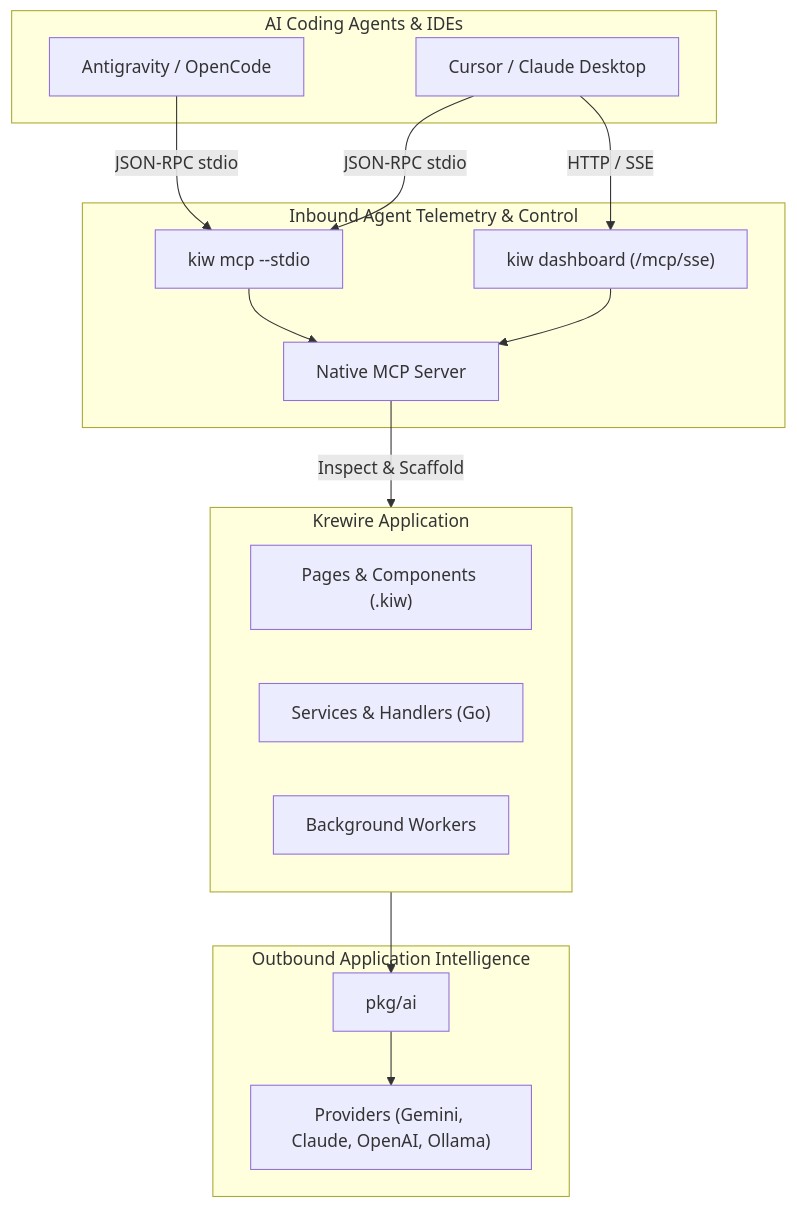
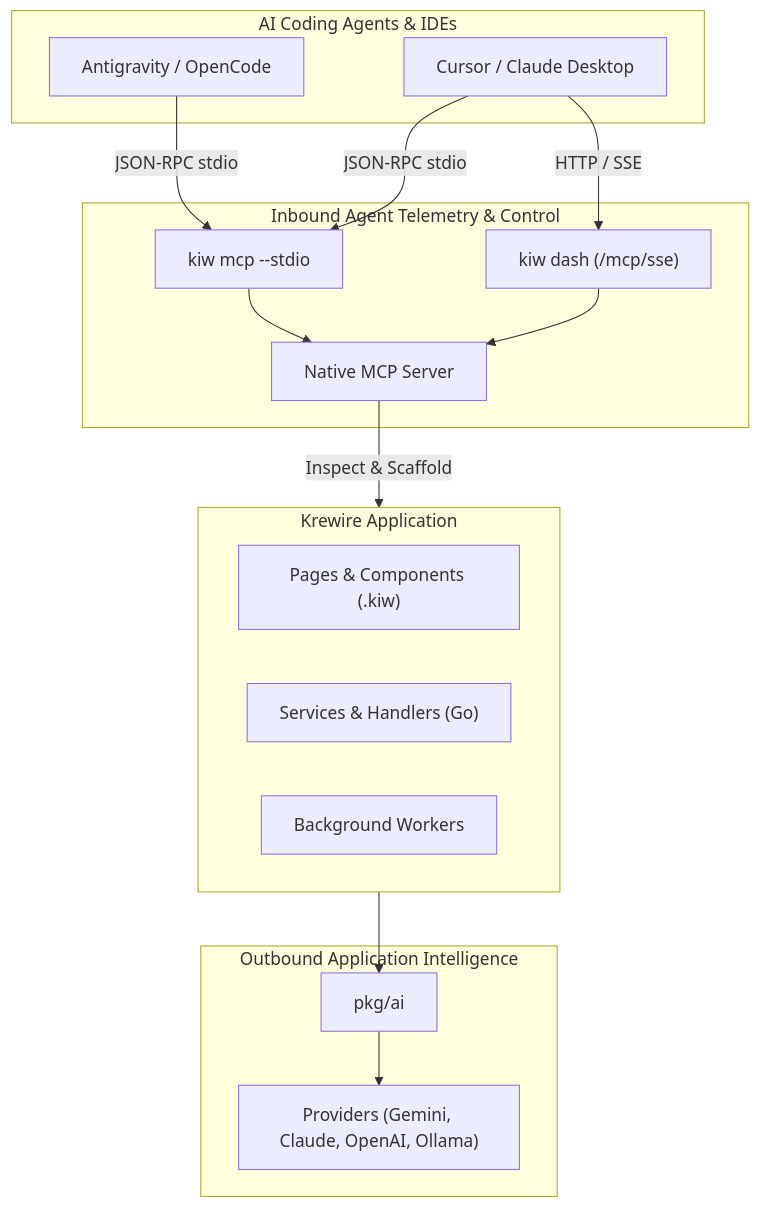
The diagram in content/en/docs/09-guides/04-agentic-development.md (krewire/krewire.com), drawn with Mermaid before and after one commit. The commit also changed other lines of this file and 18 other files, not shown here.

Commit message:
docs(site): rebrand Krewire Workspace to Krewire Dash and update CLI references to kiw dash

````diff
--- a/content/en/docs/09-guides/04-agentic-development.md
+++ b/content/en/docs/09-guides/04-agentic-development.md
@@ -17,34 +17,34 @@
 ```mermaid
 flowchart TD
     subgraph Agents ["AI Coding Agents & IDEs"]
         AGY["Antigravity / OpenCode"]
         CUR["Cursor / Claude Desktop"]
     end
 
     subgraph Inbound ["Inbound Agent Telemetry & Control"]
         STDIO["kiw mcp --stdio"]
-        SSE["kiw dashboard (/mcp/sse)"]
+        SSE["kiw dash (/mcp/sse)"]
         SRV["Native MCP Server"]
     end
 
     subgraph Outbound ["Outbound Application Intelligence"]
         AISDK["pkg/ai"]
         PROV["Providers (Gemini, Claude, OpenAI, Ollama)"]
     end
 
     subgraph Project ["Krewire Application"]
         PAGES["Pages & Components (.kiw)"]
         SERVICES["Services & Handlers (Go)"]
         WORKERS["Background Workers"]
     end
 
     AGY -->|JSON-RPC stdio| STDIO
     CUR -->|JSON-RPC stdio| STDIO
     CUR -->|HTTP / SSE| SSE
     STDIO --> SRV
     SSE --> SRV
     SRV -->|Inspect & Scaffold| Project
 
     Project --> AISDK
     AISDK --> PROV
 ```
````
